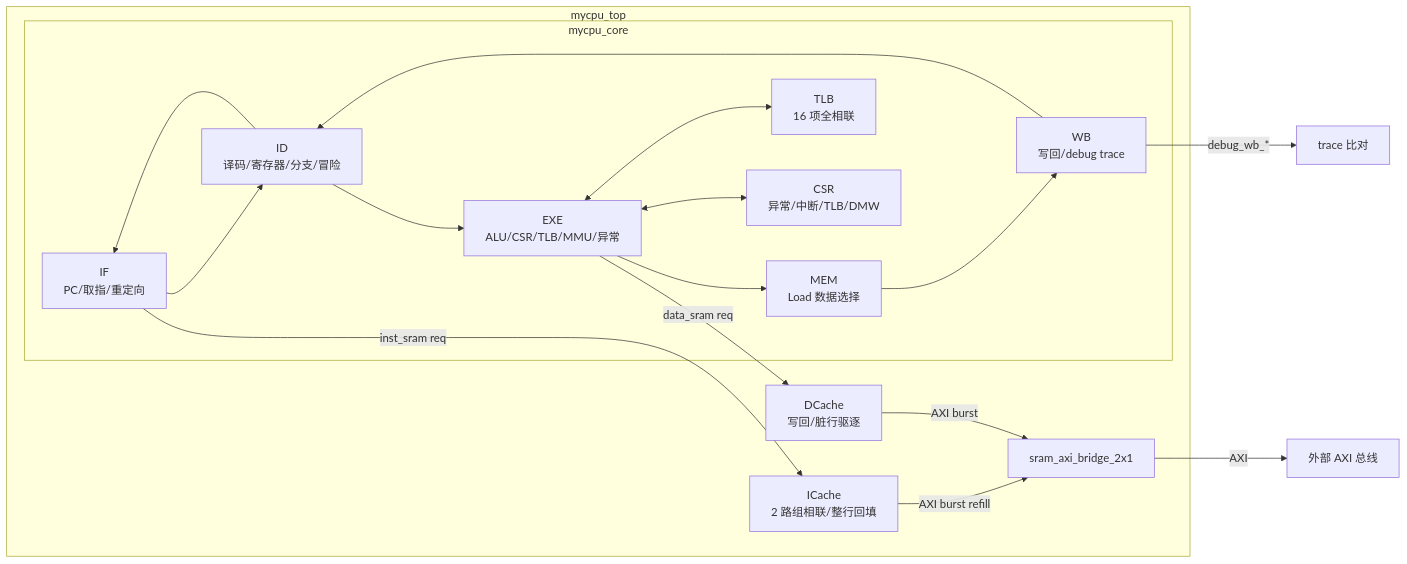
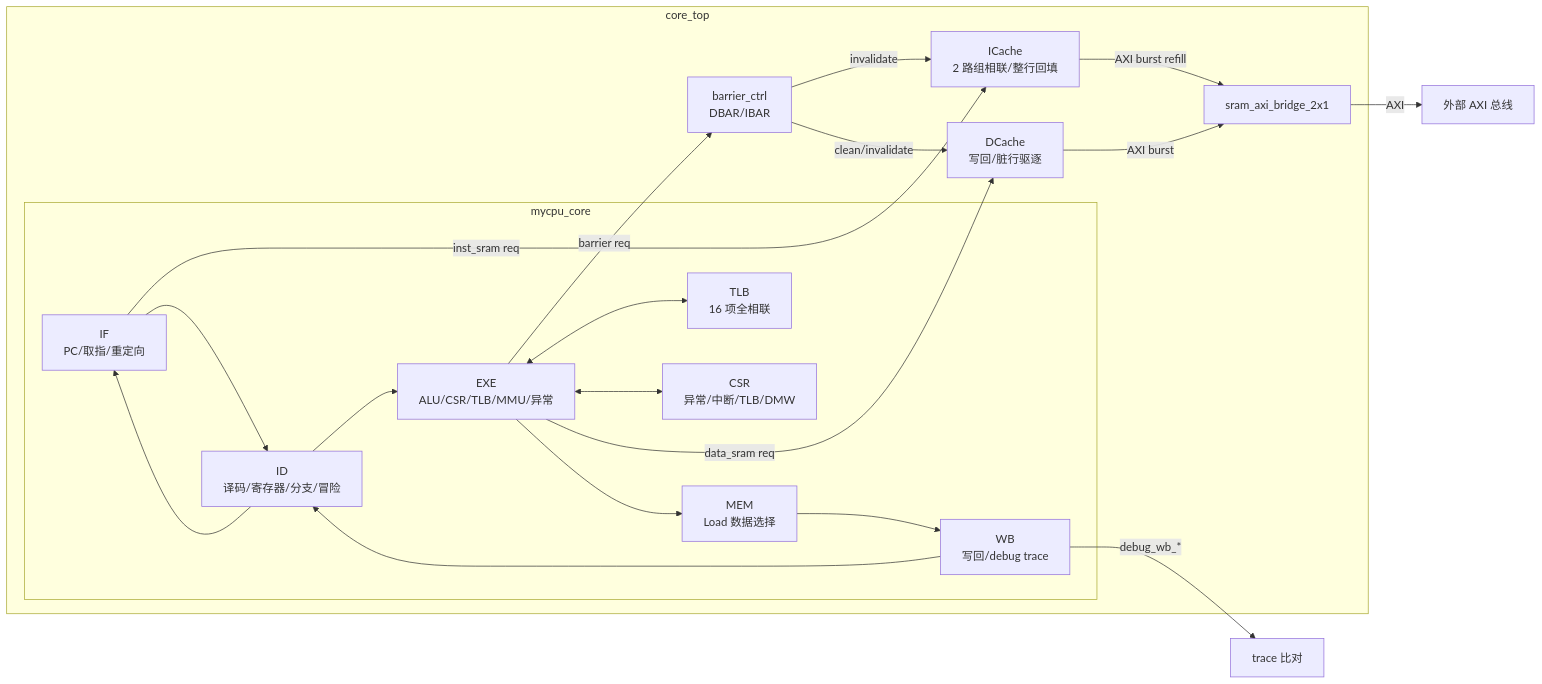
Before and after one commit to atopos101/Ourcpu: the diagram in README.md, drawn with Mermaid. The commit also changed other lines of this file and 11 other files, not shown here.

````diff
--- a/README.md
+++ b/README.md
@@ -23,31 +28,35 @@
 ```mermaid
 flowchart LR
-    subgraph CPU["mycpu_top"]
+    subgraph CPU["core_top"]
         subgraph Core["mycpu_core"]
             IF["IF\nPC/取指/重定向"]
             ID["ID\n译码/寄存器/分支/冒险"]
             EXE["EXE\nALU/CSR/TLB/MMU/异常"]
             MEM["MEM\nLoad 数据选择"]
             WB["WB\n写回/debug trace"]
             TLB["TLB\n16 项全相联"]
             CSR["CSR\n异常/中断/TLB/DMW"]
 
             IF --> ID --> EXE --> MEM --> WB
             EXE <--> TLB
             EXE <--> CSR
             WB --> ID
             ID --> IF
         end
 
         ICache["ICache\n2 路组相联/整行回填"]
         DCache["DCache\n写回/脏行驱逐"]
+        Barrier["barrier_ctrl\nDBAR/IBAR"]
         Bridge["sram_axi_bridge_2x1"]
     end
 
     IF -- "inst_sram req" --> ICache
     ICache -- "AXI burst refill" --> Bridge
     EXE -- "data_sram req" --> DCache
+    EXE -- "barrier req" --> Barrier
+    Barrier -- "clean/invalidate" --> DCache
+    Barrier -- "invalidate" --> ICache
     DCache -- "AXI burst" --> Bridge
     Bridge -- "AXI" --> SOC["外部 AXI 总线"]
     WB -- "debug_wb_*" --> TRACE["trace 比对"]
 ```
````
